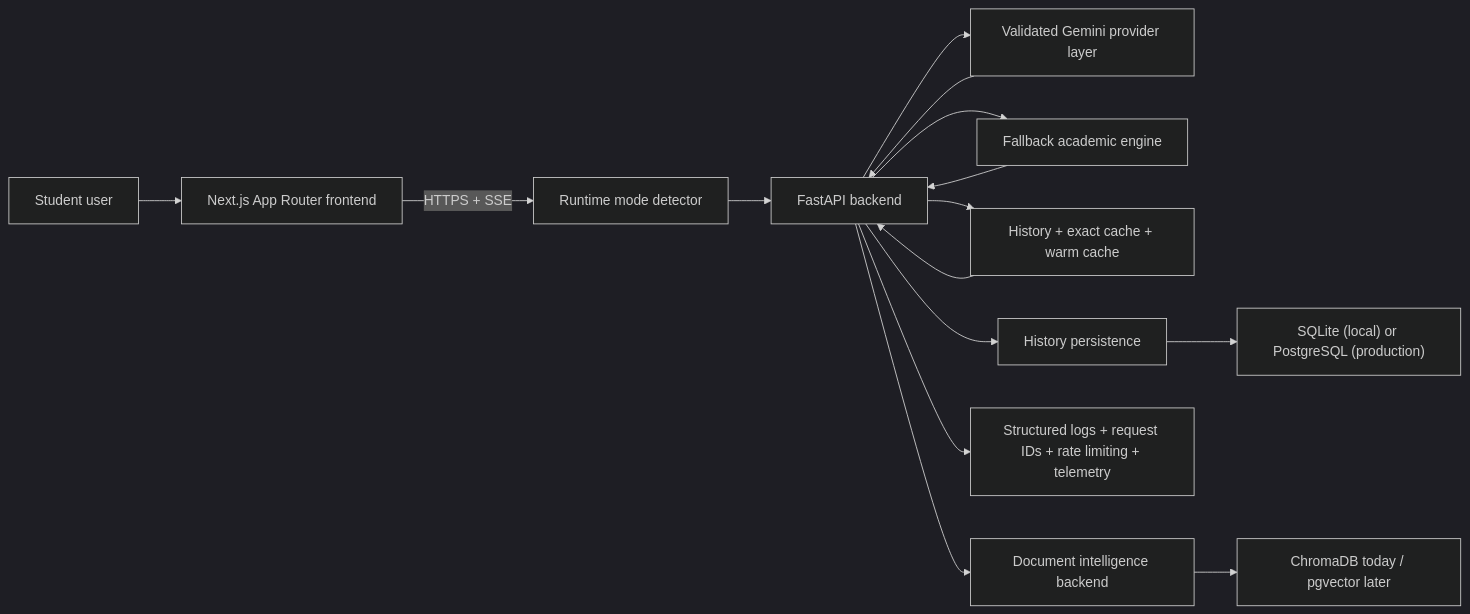
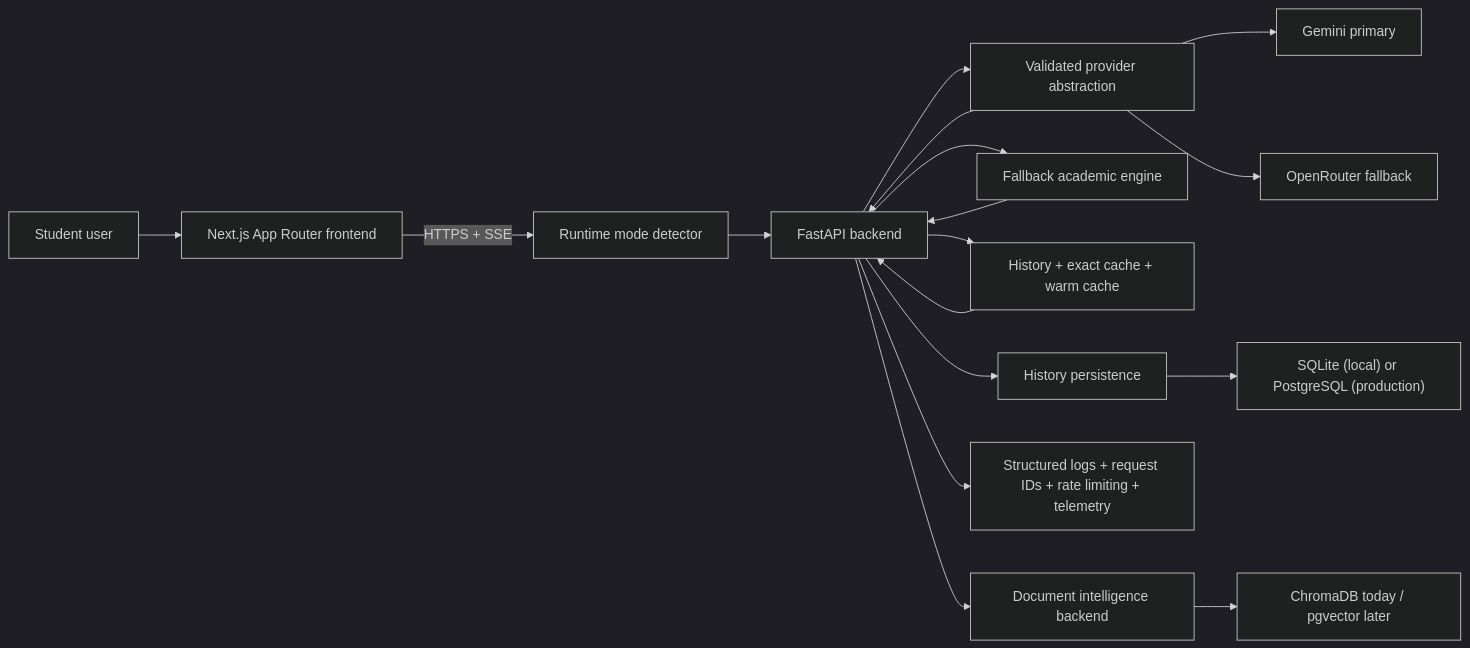
One commit to tauqxxr7/scholr changed the first of 4 diagrams in ARCHITECTURE.md. Above: the diagram before and after it, drawn with Mermaid (dark theme). The commit also changed other lines of this file and 6 other files, not shown here.

Commit message:
Add Scholr multi-provider generation fallback

````diff
--- a/ARCHITECTURE.md
+++ b/ARCHITECTURE.md
@@ -9,17 +9,19 @@
 ```mermaid
 flowchart LR
     U["Student user"] --> F["Next.js App Router frontend"]
     F -->|"HTTPS + SSE"| M["Runtime mode detector"]
     M --> B["FastAPI backend"]
-    B --> G["Validated Gemini provider layer"]
+    B --> G["Validated provider abstraction"]
     B --> A["Fallback academic engine"]
     B --> C["History + exact cache + warm cache"]
     B --> H["History persistence"]
     B --> L["Structured logs + request IDs + rate limiting + telemetry"]
     H --> S["SQLite (local) or PostgreSQL (production)"]
     B --> D["Document intelligence backend"]
     D --> V["ChromaDB today / pgvector later"]
+    G --> GP["Gemini primary"]
+    G --> OR["OpenRouter fallback"]
     G --> B
     A --> B
     C --> B
 ```
````
